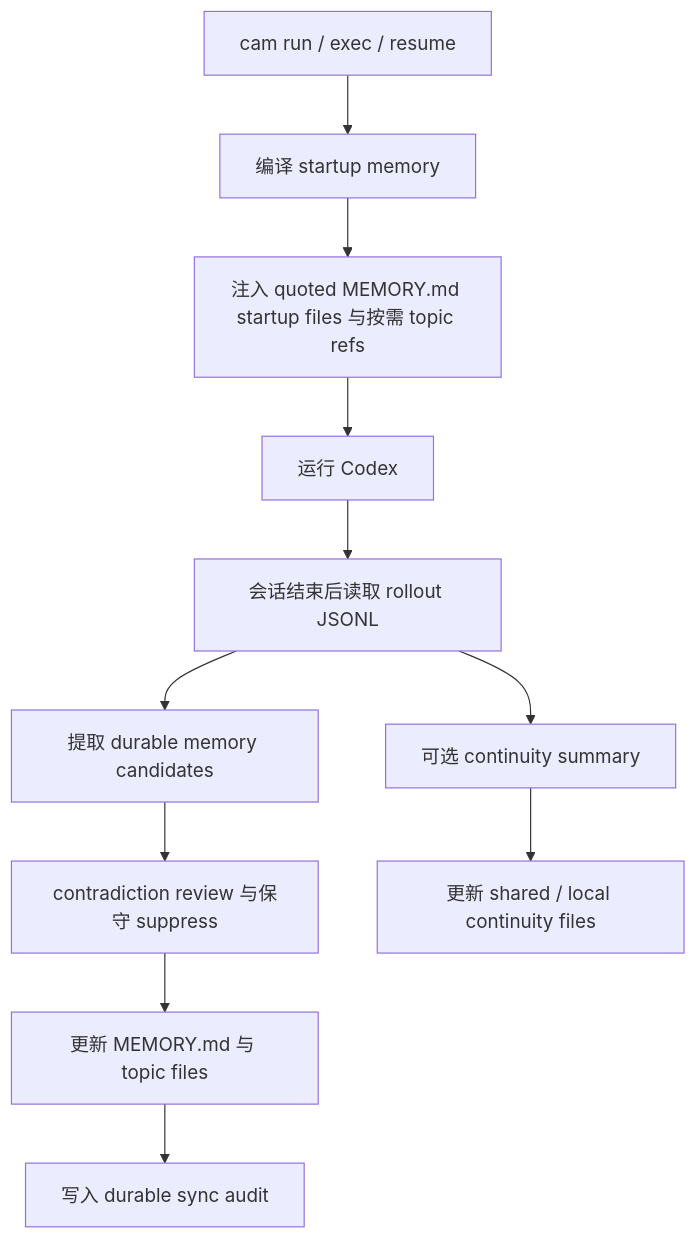
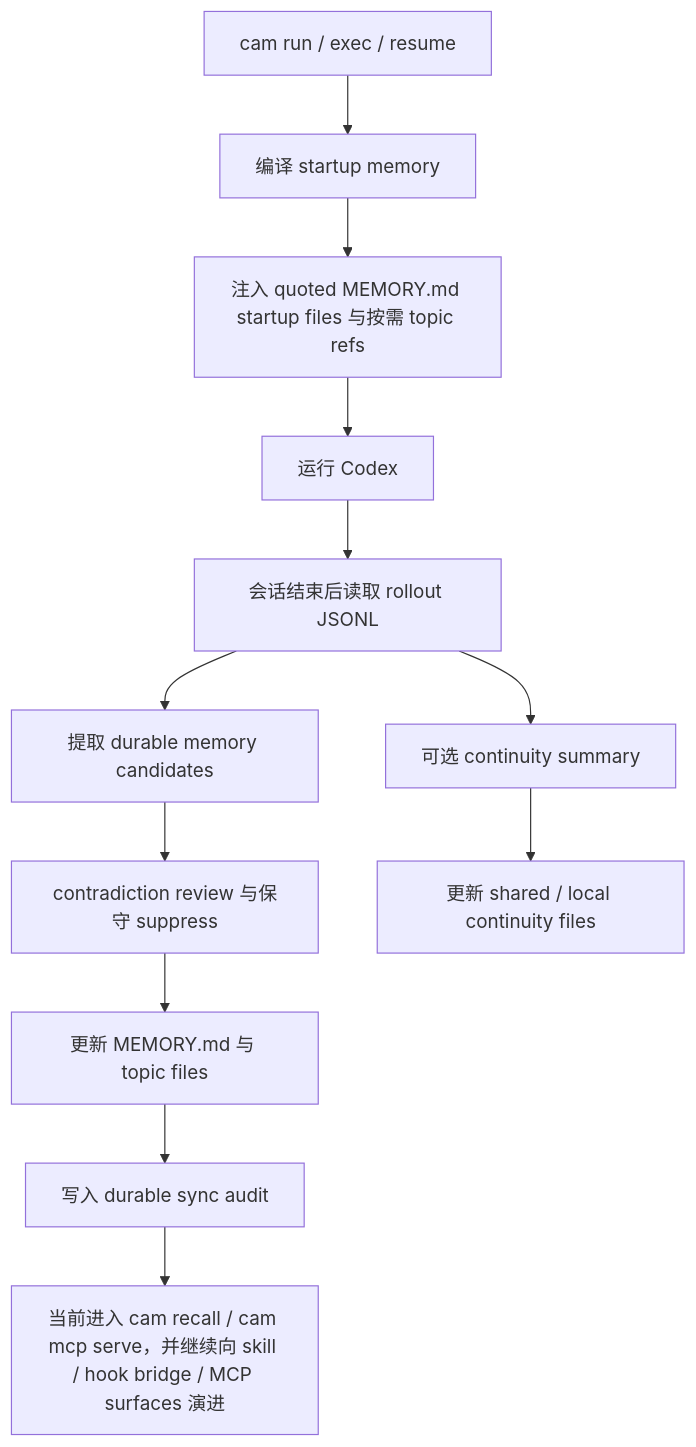
The diagram in docs/architecture.md (Boulea7/Codex-Auto-Memory), drawn with Mermaid before and after one commit. The commit also changed other lines of this file and 15 other files, not shown here.

````diff
--- a/docs/architecture.md
+++ b/docs/architecture.md
@@ -41,13 +30,14 @@
 ```mermaid
 flowchart TD
     A[cam run / exec / resume] --> B[编译 startup memory]
     B --> C[注入 quoted MEMORY.md startup files 与按需 topic refs]
     C --> D[运行 Codex]
     D --> E[会话结束后读取 rollout JSONL]
     E --> F[提取 durable memory candidates]
     E --> G[可选 continuity summary]
     F --> H[contradiction review 与保守 suppress]
     H --> I[更新 MEMORY.md 与 topic files]
     I --> J[写入 durable sync audit]
     G --> K[更新 shared / local continuity files]
+    J --> L[当前进入 cam recall / cam mcp serve，并继续向 skill / hook bridge / MCP surfaces 演进]
 ```
````
